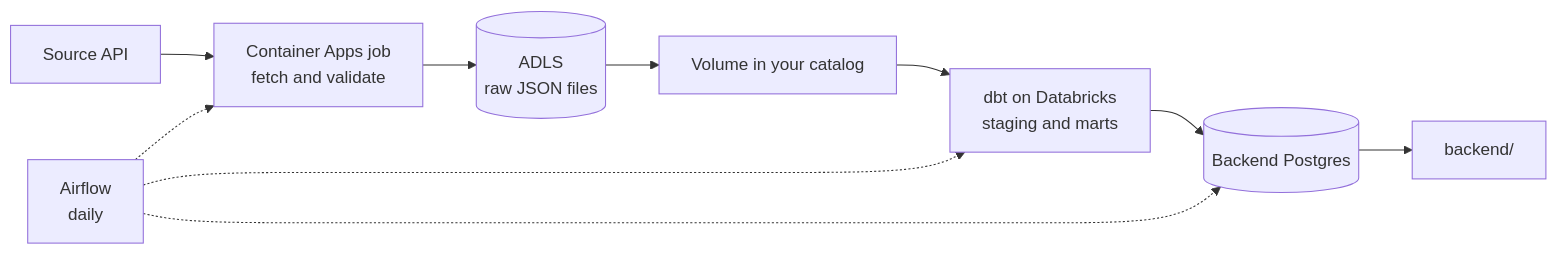
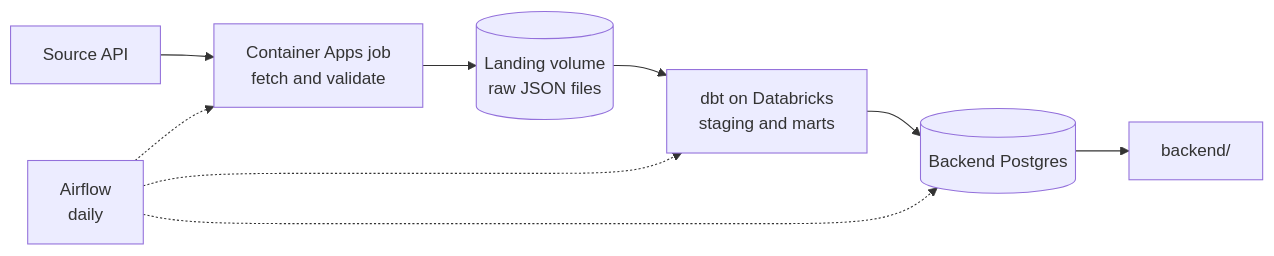
Before and after one commit to HackYourFuture/final-project-template: the diagram in data/README.md, drawn with Mermaid. The commit also changed other lines of this file and 8 other files, not shown here.

First line of the commit message:
refactor(data): land raw files in the team volume, not a storage account

````diff
--- a/data/README.md
+++ b/data/README.md
@@ -10,12 +10,11 @@
 ```mermaid
 flowchart LR
     API["Source API"] --> ACA["Container Apps job<br/>fetch and validate"]
-    ACA --> ADLS[("ADLS<br/>raw JSON files")]
-    ADLS --> VOL["Volume in your catalog"]
+    ACA --> VOL[("Landing volume<br/>raw JSON files")]
     VOL --> DBT["dbt on Databricks<br/>staging and marts"]
     DBT --> PG[("Backend Postgres")]
     PG --> BE["backend/"]
     AF["Airflow<br/>daily"] -.-> ACA
     AF -.-> DBT
     AF -.-> PG
 ```
````
